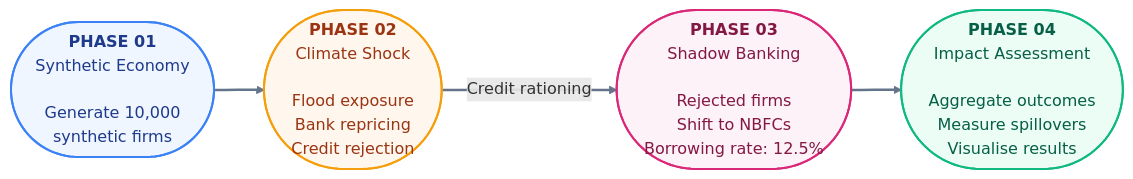
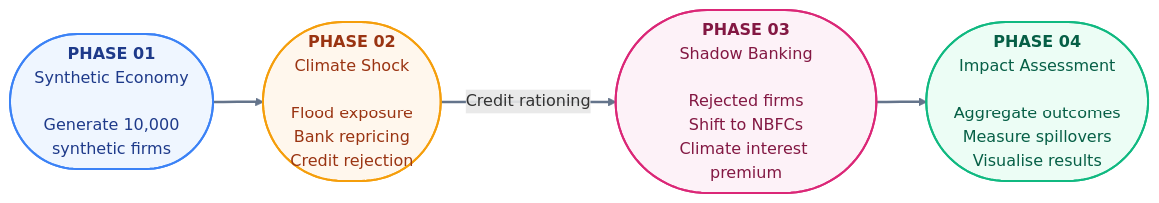
The diagram in README.md (x-SV-x/Climate-Risk-Financial-Model), drawn with Mermaid before and after one commit. The commit also changed other lines of this file, not shown here.

````diff
--- a/README.md
+++ b/README.md
@@ -91,23 +90,23 @@
 ```mermaid
 flowchart LR
     A(["<b>PHASE 01</b><br/>Synthetic Economy<br/><br/>Generate 10,000<br/>synthetic firms"])
     B(["<b>PHASE 02</b><br/>Climate Shock<br/><br/>Flood exposure<br/>Bank repricing<br/>Credit rejection"])
-    C(["<b>PHASE 03</b><br/>Shadow Banking<br/><br/>Rejected firms<br/>Shift to NBFCs<br/>Borrowing rate: 12.5%"])
+    C(["<b>PHASE 03</b><br/>Shadow Banking<br/><br/>Rejected firms<br/>Shift to NBFCs<br/>Climate interest premium"])
     D(["<b>PHASE 04</b><br/>Impact Assessment<br/><br/>Aggregate outcomes<br/>Measure spillovers<br/>Visualise results"])
 
     A --> B
     B -->|Credit rationing| C
     C --> D
 
     classDef phase1 fill:#EFF6FF,stroke:#3B82F6,color:#1E3A8A,stroke-width:2px
     classDef phase2 fill:#FFF7ED,stroke:#F59E0B,color:#9A3412,stroke-width:2px
     classDef phase3 fill:#FDF2F8,stroke:#DB2777,color:#831843,stroke-width:2px
     classDef phase4 fill:#ECFDF5,stroke:#10B981,color:#065F46,stroke-width:2px
 
     class A phase1
     class B phase2
     class C phase3
     class D phase4
 
     linkStyle default stroke:#64748B,stroke-width:2.5px
 ```
````
